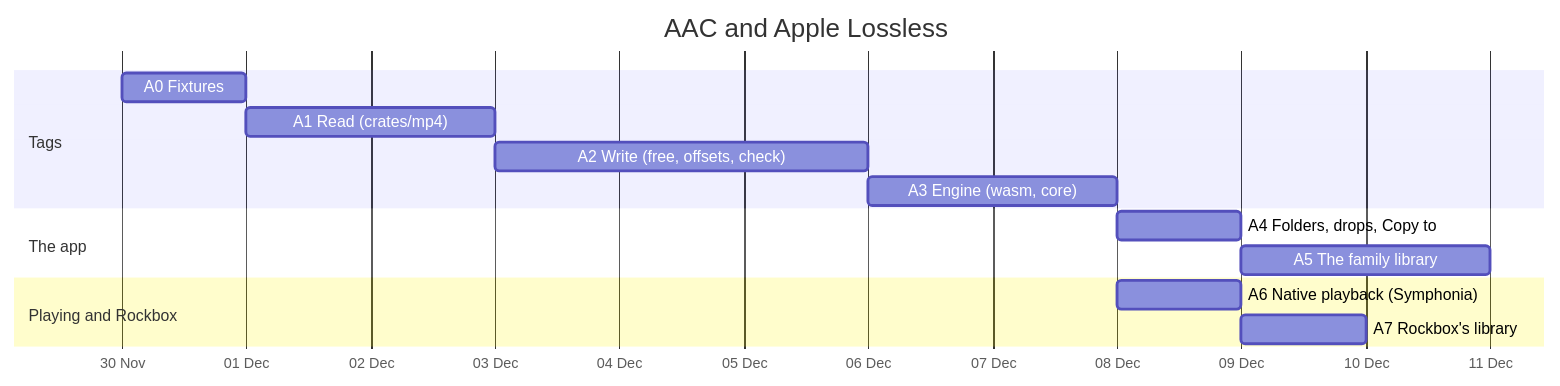
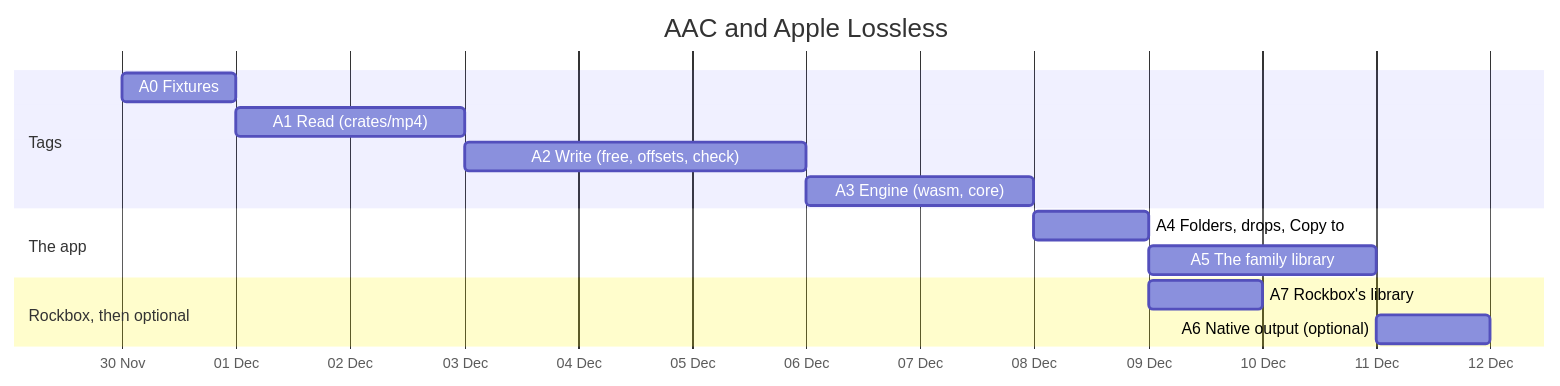
One commit to jgermade/jackbird changed the diagram in ROADMAP/2026-11-28/aac-m4a.md. Above: the diagram before and after it, drawn with Mermaid. The commit also changed other lines of this file and 1 other file, not shown here.

Commit message:
docs(record): AAC already plays through the embedded output; native AAC is last and optional

````diff
--- a/ROADMAP/2026-11-28/aac-m4a.md
+++ b/ROADMAP/2026-11-28/aac-m4a.md
@@ -17,17 +18,17 @@
 ```mermaid
 gantt
   title AAC and Apple Lossless
   dateFormat YYYY-MM-DD
   axisFormat %d %b
   section Tags
     A0 Fixtures                      :a0, 2026-11-30, 1d
     A1 Read (crates/mp4)             :a1, after a0, 2d
     A2 Write (free, offsets, check)  :a2, after a1, 3d
     A3 Engine (wasm, core)           :a3, after a2, 2d
   section The app
     A4 Folders, drops, Copy to       :a4, after a3, 1d
     A5 The family library            :a5, after a4, 2d
-  section Playing and Rockbox
-    A6 Native playback (Symphonia)   :a6, after a3, 1d
+  section Rockbox, then optional
     A7 Rockbox's library             :a7, after a4, 1d
+    A6 Native output (optional)      :a6, after a5, 1d
 ```
````
